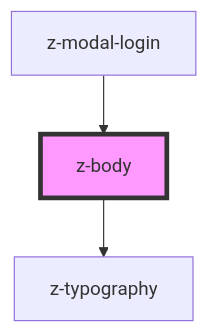
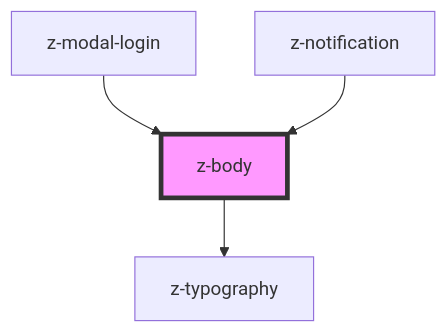
Before and after one commit to ZanichelliEditore/design-system: the diagram in src/components/typography/z-body/readme.md, drawn with Mermaid. The commit also changed other lines of this file and 7 other files, not shown here.

````diff
--- a/src/components/typography/z-body/readme.md
+++ b/src/components/typography/z-body/readme.md
@@ -26,6 +27,7 @@
 ```mermaid
 graph TD;
   z-body --> z-typography
   z-modal-login --> z-body
+  z-notification --> z-body
   style z-body fill:#f9f,stroke:#333,stroke-width:4px
 ```
````
